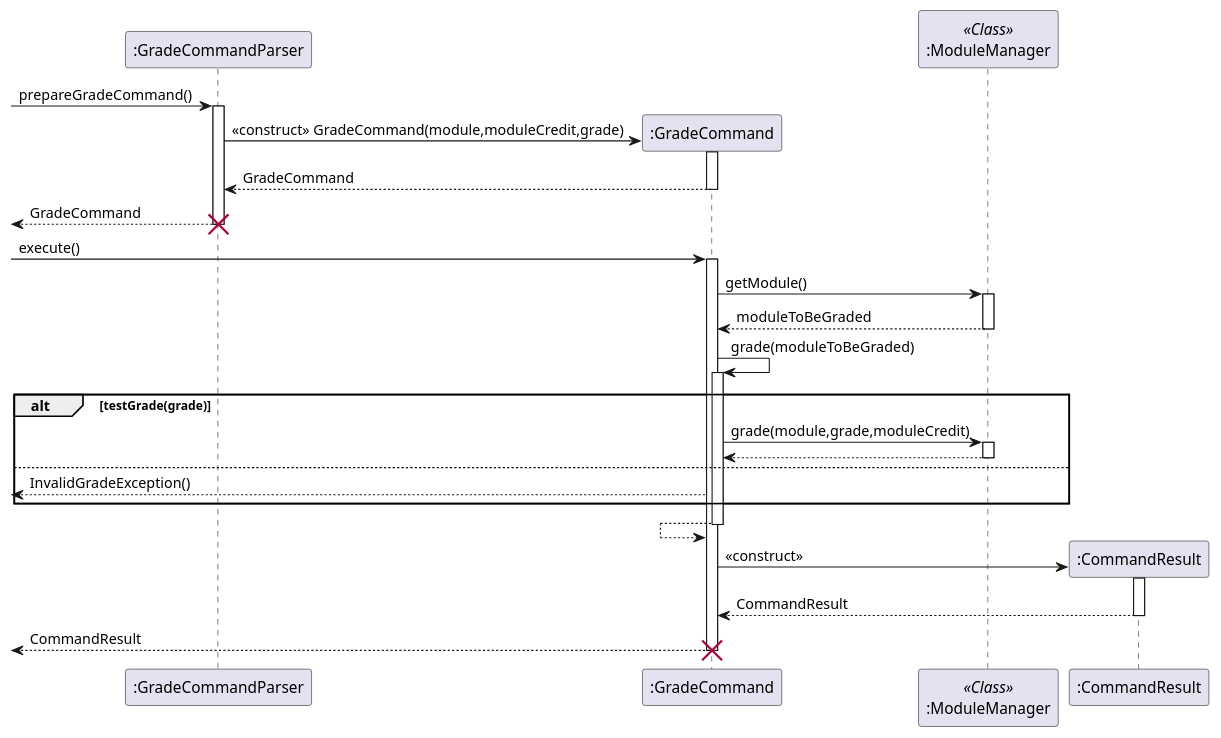
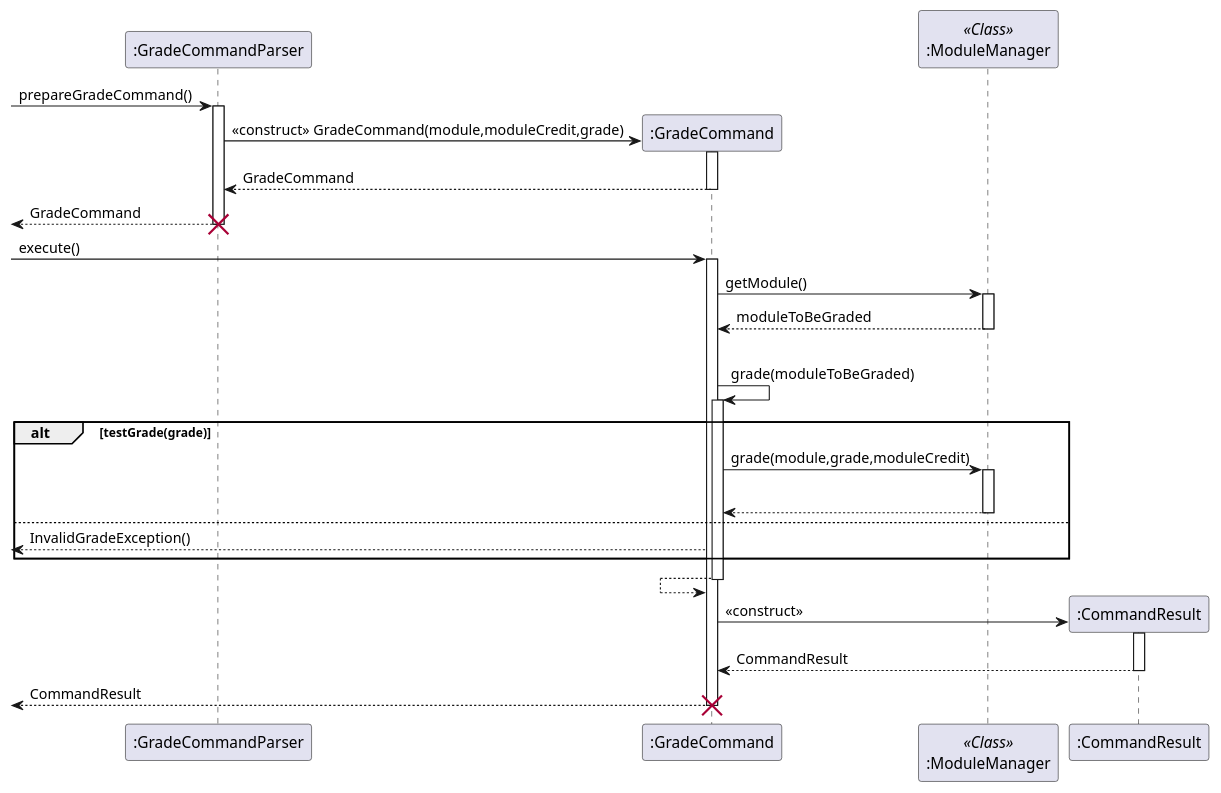
One commit to wangqinNick/tp changed the diagram in docs/diagrams/UML/GradeCommandSequenceDiagram.puml. Above: the diagram before and after it, drawn with PlantUML. The commit also changed 3 other files, not shown here.

Commit message:
Added a bit of spacing to Grade and CAP sequence diagrams

```diff
--- a/docs/diagrams/UML/GradeCommandSequenceDiagram.puml
+++ b/docs/diagrams/UML/GradeCommandSequenceDiagram.puml
@@ -1,28 +1,29 @@
 @startuml
 
 -> ":GradeCommandParser" ++: prepareGradeCommand()
     ":GradeCommandParser" -> ":GradeCommand" ** : <<construct>> GradeCommand(module,moduleCredit,grade)
     activate ":GradeCommand"
     return GradeCommand
 <-- ":GradeCommandParser" !! : GradeCommand
 
 -> ":GradeCommand" ++ : execute()
     participant ":ModuleManager" as MM << Class >>
     ":GradeCommand" -> MM ++ : getModule()
     ":GradeCommand" <-- MM -- :moduleToBeGraded
-
+    |||
     ":GradeCommand" -> ":GradeCommand" ++ : grade(moduleToBeGraded)
         alt testGrade(grade)
             ":GradeCommand" -> MM ++ : grade(module,grade,moduleCredit)
+            |||
             ":GradeCommand" <-- MM --
         else
             <-- ":GradeCommand" : InvalidGradeException()
         end
     ":GradeCommand" <-- ":GradeCommand" --
 
     ":GradeCommand" -> ":CommandResult" ** : <<construct>>
     activate ":CommandResult"
     ":GradeCommand" <-- ":CommandResult" --: CommandResult
 <-- ":GradeCommand" !! : CommandResult
 
 @enduml
```
